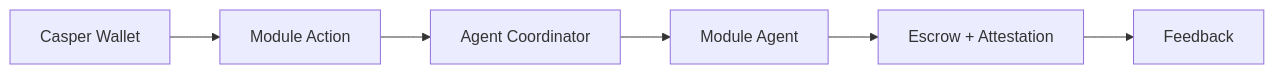
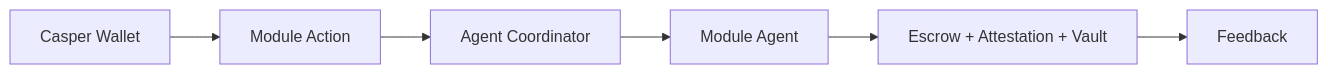
The diagram in README.md (rudazy/casper-agentvault), drawn with Mermaid before and after one commit. The commit also changed other lines of this file and 46 other files, not shown here.

````diff
--- a/README.md
+++ b/README.md
@@ -60,8 +73,8 @@
 ```mermaid
 flowchart LR
   W[Casper Wallet] --> A[Module Action]
   A --> C[Agent Coordinator]
   C --> M[Module Agent]
-  M --> S[Escrow + Attestation]
+  M --> S[Escrow + Attestation + Vault]
   S --> F[Feedback]
 ```
````
